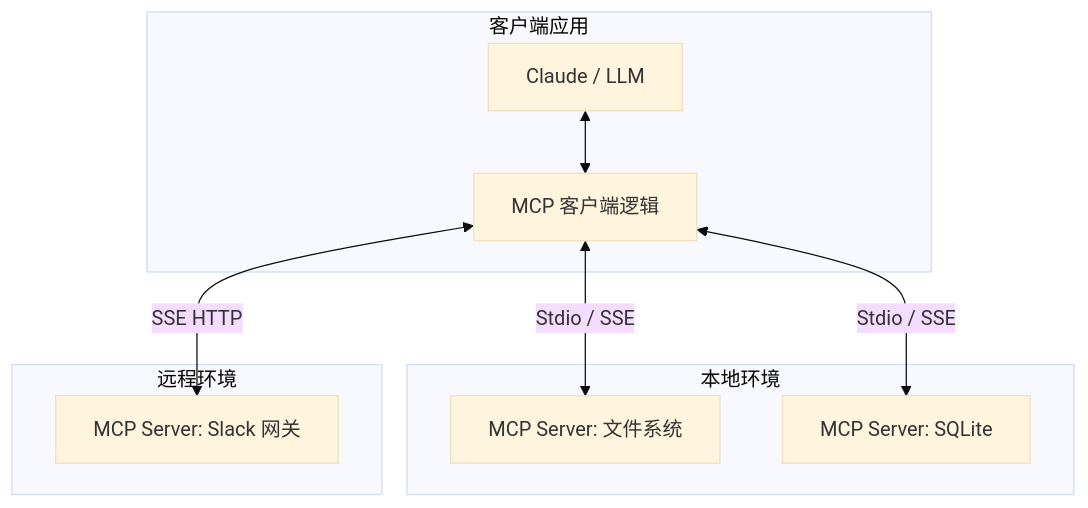
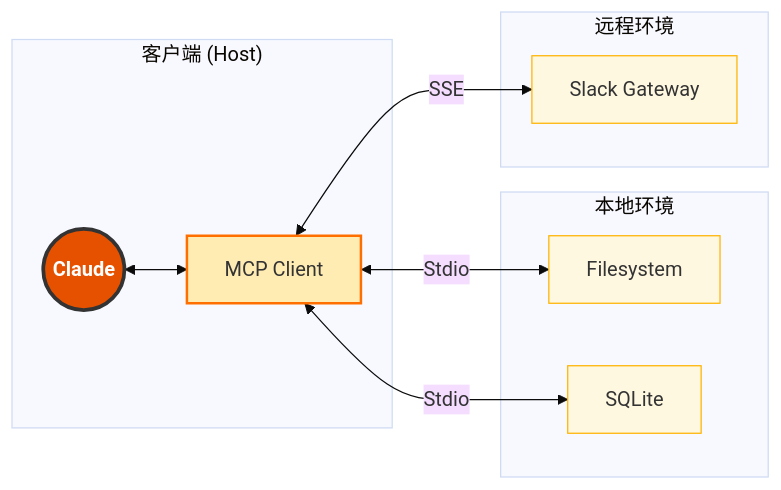
Before and after one commit to azaleta/claude_guide: the diagram in 04_mcp/4.2_architecture.md, drawn with Mermaid (base theme). The commit also changed 13 other files, not shown here.

````diff
--- a/04_mcp/4.2_architecture.md
+++ b/04_mcp/4.2_architecture.md
@@ -11,21 +9,20 @@
 ```mermaid
-graph TD
-    subgraph HostApp["客户端应用"]
-        AI["Claude / LLM"]
-        ClientLogic["MCP 客户端逻辑"]
+graph LR
+    %% Styles
+    classDef core fill:#E65100,stroke:#333,stroke-width:3px,color:white,font-weight:bold;
+    classDef branch fill:#FFECB3,stroke:#FF6F00,stroke-width:2px,color:#333;
+    classDef node fill:#FFF8E1,stroke:#FFB300,stroke-width:1px,color:#333;
+
+    subgraph HostApp["客户端 (Host)"]
+        AI(("Claude")):::core <--> ClientLogic["MCP Client"]:::branch
     end
     
     subgraph LocalEnv["本地环境"]
-        S1["MCP Server: 文件系统"]
-        S2["MCP Server: SQLite"]
+        ClientLogic <-->|"Stdio"| S1["Filesystem"]:::node
+        ClientLogic <-->|"Stdio"| S2["SQLite"]:::node
     end
     
     subgraph RemoteEnv["远程环境"]
-        S3["MCP Server: Slack 网关"]
+        ClientLogic <-->|"SSE"| S3["Slack Gateway"]:::node
     end
-    
-    AI <--> ClientLogic
-    ClientLogic <-->|Stdio / SSE| S1
-    ClientLogic <-->|Stdio / SSE| S2
-    ClientLogic <-->|SSE HTTP| S3
 ```
````
